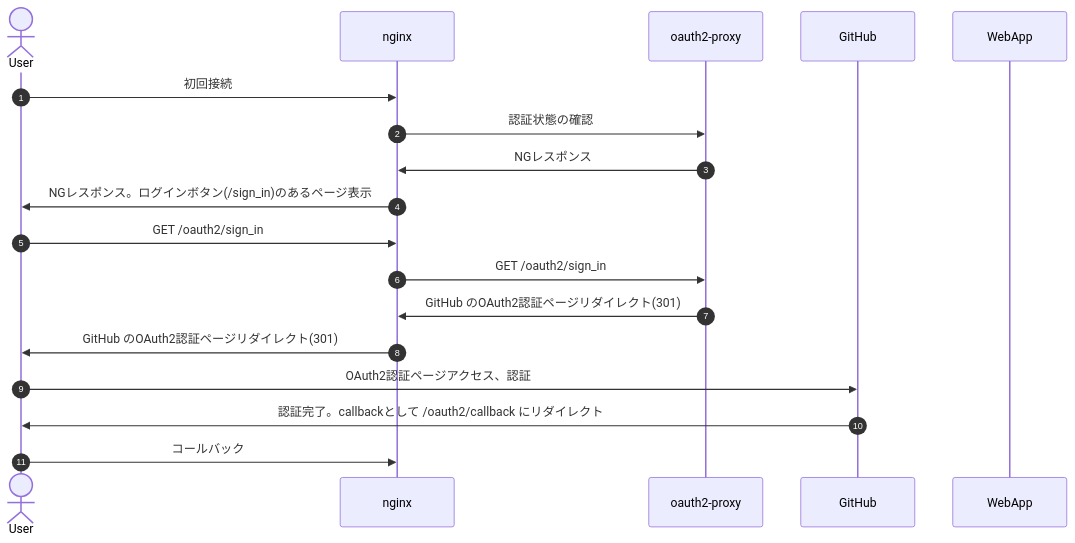
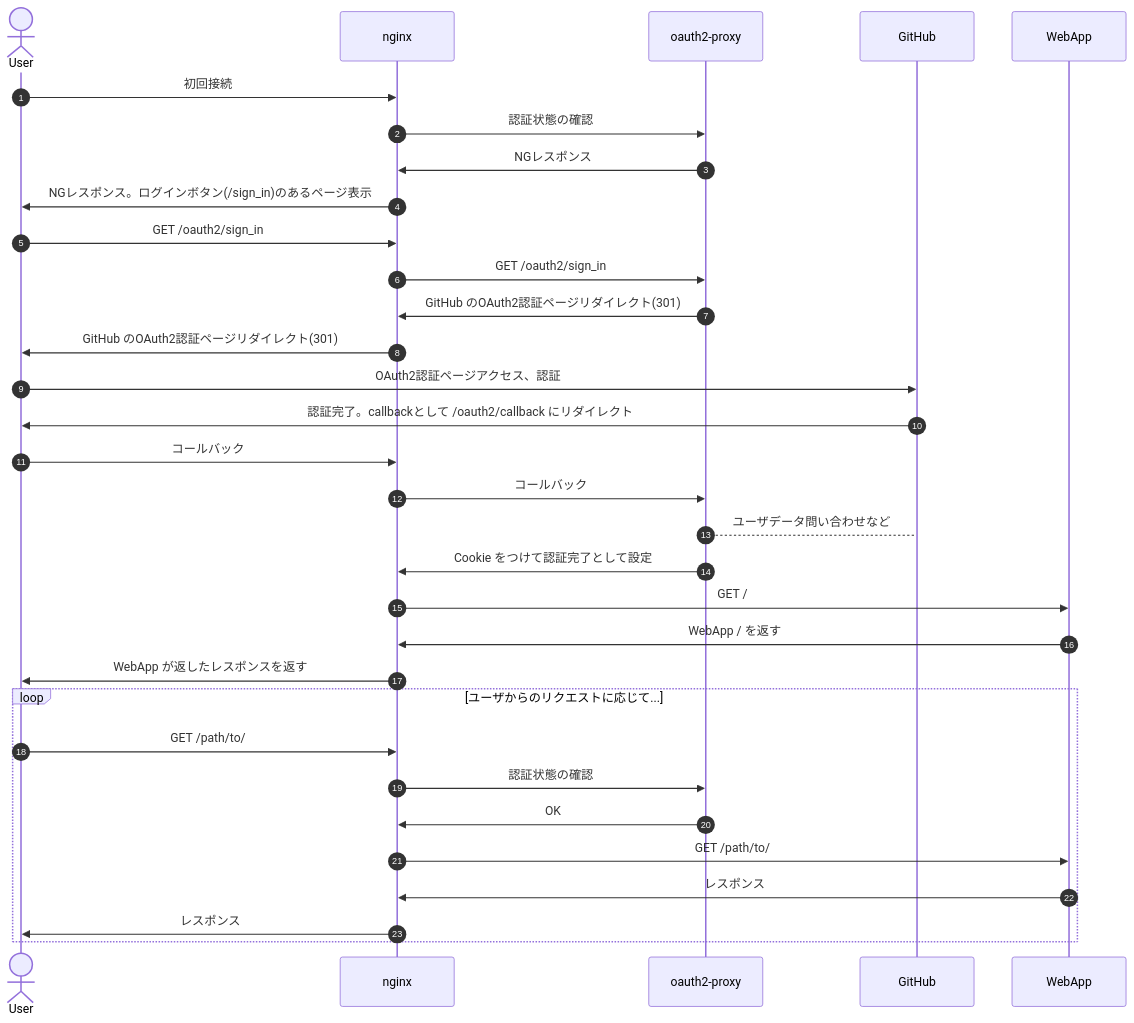
Before and after one commit to book000/memo: the diagram in docs/os/linux/oauth2-proxy.md, drawn with Mermaid. The commit also changed other lines of this file, not shown here.

````diff
--- a/docs/os/linux/oauth2-proxy.md
+++ b/docs/os/linux/oauth2-proxy.md
@@ -15,25 +20,40 @@
 ```mermaid
 sequenceDiagram
   autonumber
   actor User
   participant nginx
   participant proxy as oauth2-proxy
   participant github as GitHub
   participant WebApp
   
   User->>nginx: 初回接続
   nginx->>proxy: 認証状態の確認
   proxy->>nginx: NGレスポンス
   nginx->>User: NGレスポンス。ログインボタン(/sign_in)のあるページ表示
   
   User->>nginx: GET /oauth2/sign_in
   nginx->>proxy: GET /oauth2/sign_in
   proxy->>nginx: GitHub のOAuth2認証ページリダイレクト(301)
   nginx->>User: GitHub のOAuth2認証ページリダイレクト(301)
   
   User->>github: OAuth2認証ページアクセス、認証
   github->>User: 認証完了。callbackとして /oauth2/callback にリダイレクト
+  
   User->>nginx: コールバック
+  nginx->>proxy: コールバック
+  proxy-->github: ユーザデータ問い合わせなど
+  proxy->>nginx: Cookie をつけて認証完了として設定
   
-  # 途中
+  nginx->>WebApp: GET /
+  WebApp->>nginx: WebApp / を返す
+  nginx->>User: WebApp が返したレスポンスを返す
+  
+  loop ユーザからのリクエストに応じて...
+    User->>nginx: GET /path/to/
+    nginx->>proxy: 認証状態の確認
+    proxy->>nginx: OK
+    nginx->>WebApp: GET /path/to/
+    WebApp->>nginx: レスポンス
+    nginx->>User: レスポンス
+  end
 ```
````
